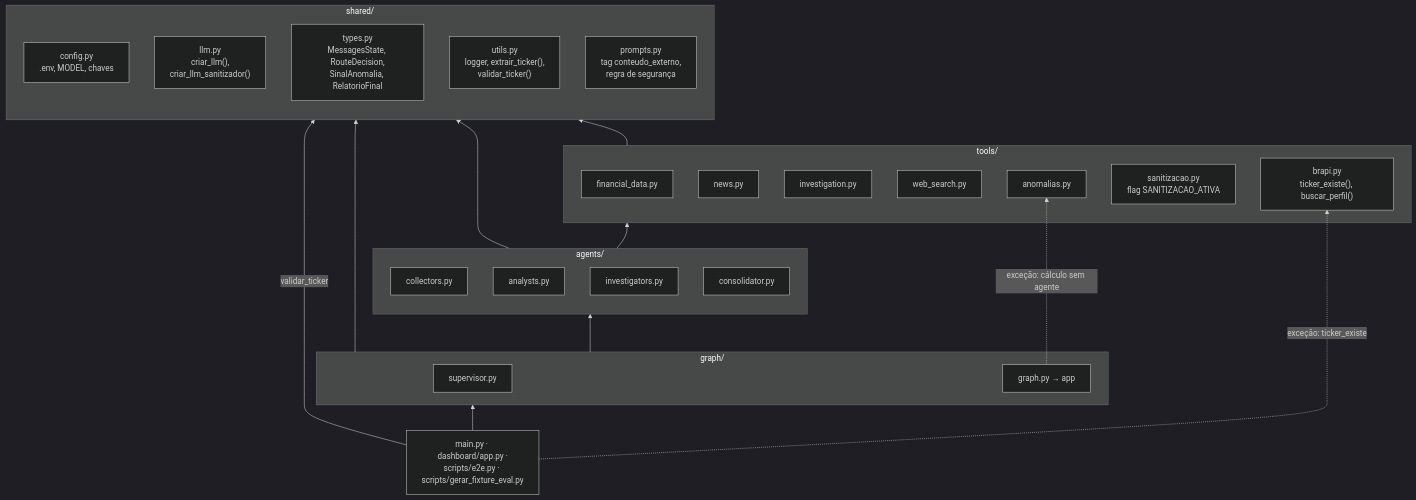
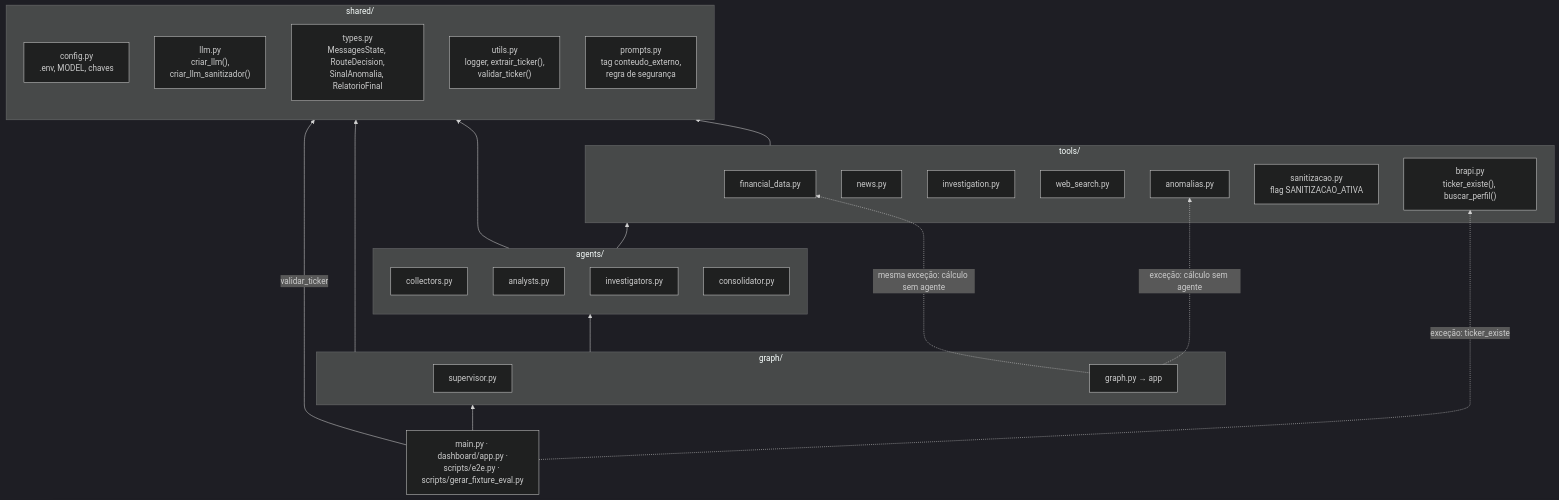
Before and after one commit to igorc22/pipeline-inteligencia-financeira-b3: the fourth of 6 diagrams in docs/arquitetura.md, drawn with Mermaid (dark theme). The commit also changed other lines of this file and 2 other files, not shown here.

````diff
--- a/docs/arquitetura.md
+++ b/docs/arquitetura.md
@@ -145,44 +149,45 @@
 ```mermaid
 flowchart BT
     subgraph C_SHARED["shared/"]
         CFG["config.py<br/>.env, MODEL, chaves"]
         LLMF["llm.py<br/>criar_llm(),<br/>criar_llm_sanitizador()"]
         TYP["types.py<br/>MessagesState, RouteDecision,<br/>SinalAnomalia, RelatorioFinal"]
         UTL["utils.py<br/>logger, extrair_ticker(),<br/>validar_ticker()"]
         PRM["prompts.py<br/>tag conteudo_externo,<br/>regra de segurança"]
     end
 
     subgraph C_TOOLS["tools/"]
         FD["financial_data.py"]
         NW["news.py"]
         INVT["investigation.py"]
         WS["web_search.py"]
         ANO["anomalias.py"]
         SAN["sanitizacao.py<br/>flag SANITIZACAO_ATIVA"]
         BRP["brapi.py<br/>ticker_existe(), buscar_perfil()"]
     end
 
     subgraph C_AGENTS["agents/"]
         COL["collectors.py"]
         ANL["analysts.py"]
         INVA["investigators.py"]
         CONS["consolidator.py"]
     end
 
     subgraph C_GRAPH["graph/"]
         SUP["supervisor.py"]
         GR["graph.py → app"]
     end
 
     ENTRY["main.py · dashboard/app.py ·<br/>scripts/e2e.py · scripts/gerar_fixture_eval.py"]
 
     C_TOOLS --> C_SHARED
     C_AGENTS --> C_TOOLS
     C_AGENTS --> C_SHARED
     C_GRAPH --> C_AGENTS
     C_GRAPH --> C_SHARED
     GR -.->|"exceção: cálculo sem agente"| ANO
+    GR -.->|"mesma exceção: cálculo sem agente"| FD
     ENTRY --> C_GRAPH
     ENTRY -->|"validar_ticker"| C_SHARED
     ENTRY -.->|"exceção: ticker_existe"| BRP
 ```
````
